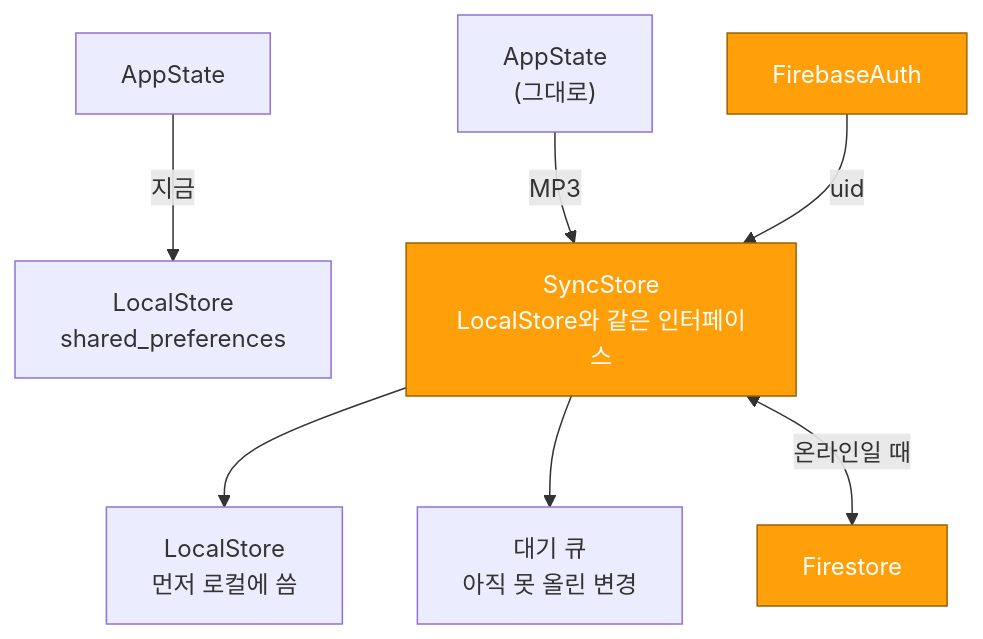
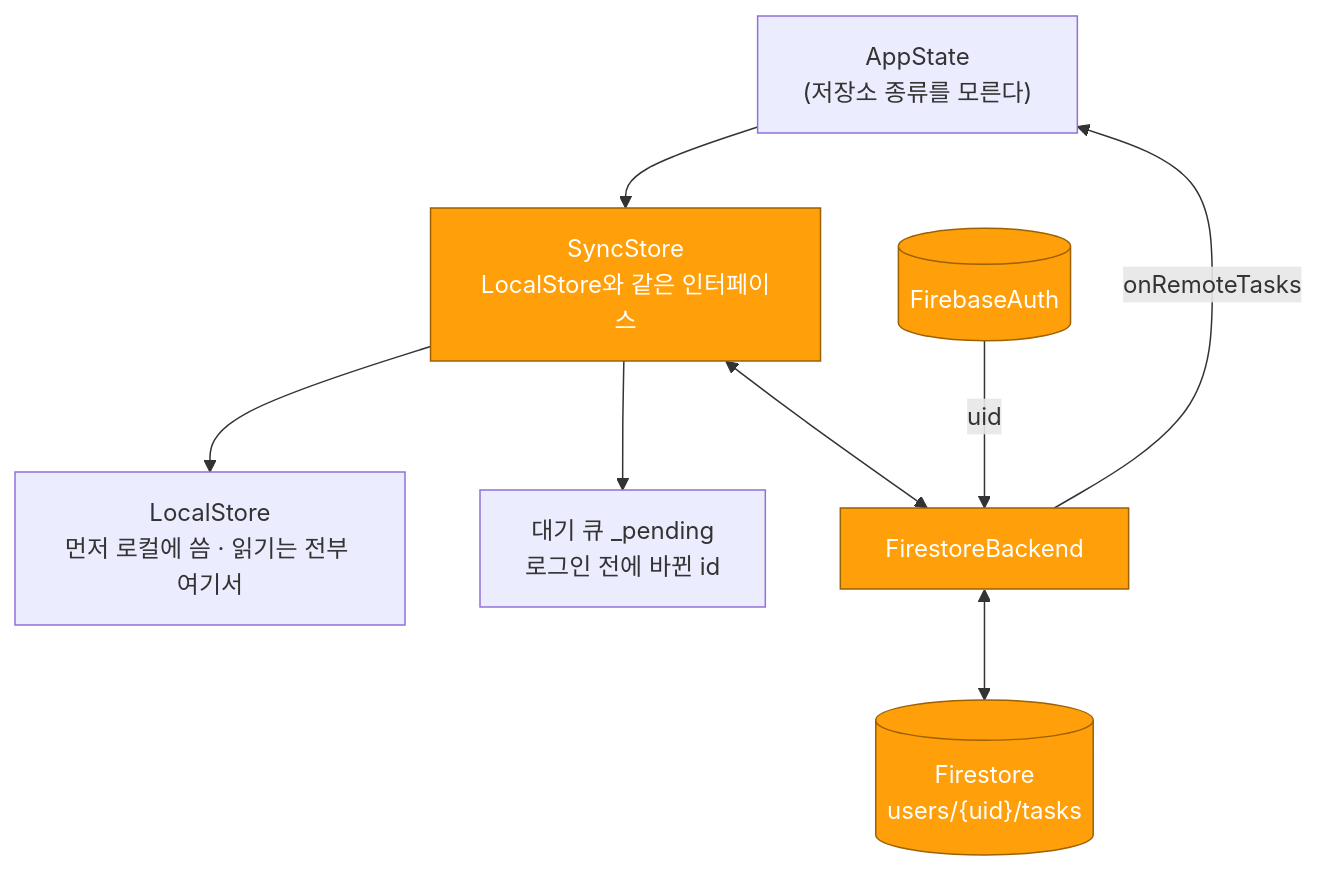
Before and after one commit to chohk1003/Keepy: the first of 6 diagrams in heeil/docs/firebase.md, drawn with Mermaid. The commit also changed other lines of this file and 10 other files, not shown here.

````diff
--- a/heeil/docs/firebase.md
+++ b/heeil/docs/firebase.md
@@ -72,14 +29,15 @@
 ```mermaid
 flowchart TD
-    AS["AppState"] -->|지금| LS["LocalStore<br/>shared_preferences"]
-
-    AS2["AppState<br/>(그대로)"] -->|MP3| SS["SyncStore<br/>LocalStore와 같은 인터페이스"]
-    SS --> LS2["LocalStore<br/>먼저 로컬에 씀"]
-    SS --> Q["대기 큐<br/>아직 못 올린 변경"]
-    SS <-->|온라인일 때| FS["Firestore"]
-    FA["FirebaseAuth"] -->|uid| SS
+    AS["AppState<br/>(저장소 종류를 모른다)"] --> SS["SyncStore<br/>LocalStore와 같은 인터페이스"]
+    SS --> LS["LocalStore<br/>먼저 로컬에 씀 · 읽기는 전부 여기서"]
+    SS --> Q["대기 큐 _pending<br/>로그인 전에 바뀐 id"]
+    SS <--> FB["FirestoreBackend"]
+    FB <--> FS[("Firestore<br/>users/{uid}/tasks")]
+    FA[("FirebaseAuth")] -->|"uid"| FB
+    FB -->|"onRemoteTasks"| AS
 
     style SS fill:#FF9F0A,stroke:#9c6100,color:#fff
+    style FB fill:#FF9F0A,stroke:#9c6100,color:#fff
     style FS fill:#FF9F0A,stroke:#9c6100,color:#fff
     style FA fill:#FF9F0A,stroke:#9c6100,color:#fff
 ```
````
